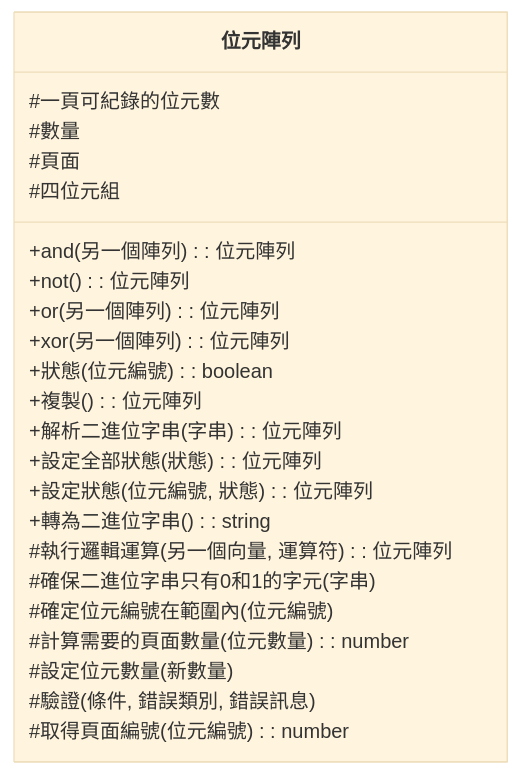
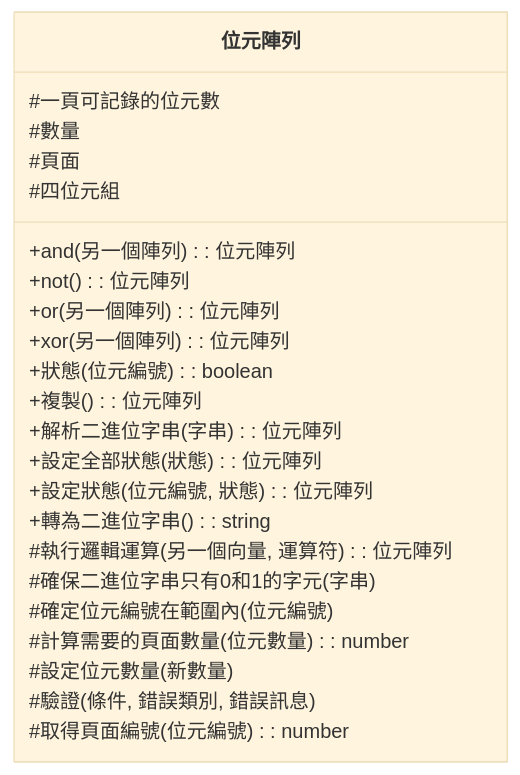
One commit to leoshiang/dx-core changed the first of 17 diagrams in docs/位元陣列.md. Above: the diagram before and after it, drawn with Mermaid (base theme). The commit also changed other lines of this file and 1 other file, not shown here.

````diff
--- a/docs/位元陣列.md
+++ b/docs/位元陣列.md
@@ -13,26 +13,26 @@
 ```mermaid
 classDiagram
     class 位元陣列 {
-        #一頁可紀錄的位元數
+        #一頁可記錄的位元數
         #數量
         #頁面
         #四位元組
         +and(另一個陣列): 位元陣列
         +not(): 位元陣列
         +or(另一個陣列): 位元陣列
         +xor(另一個陣列): 位元陣列
         +狀態(位元編號): boolean
         +複製(): 位元陣列
         +解析二進位字串(字串): 位元陣列
         +設定全部狀態(狀態): 位元陣列
         +設定狀態(位元編號, 狀態): 位元陣列
         +轉為二進位字串(): string
         #執行邏輯運算(另一個向量, 運算符): 位元陣列
         #確保二進位字串只有0和1的字元(字串)
         #確定位元編號在範圍內(位元編號)
         #計算需要的頁面數量(位元數量): number
         #設定位元數量(新數量)
         #驗證(條件, 錯誤類別, 錯誤訊息)
         #取得頁面編號(位元編號): number
     }
 ```
````
